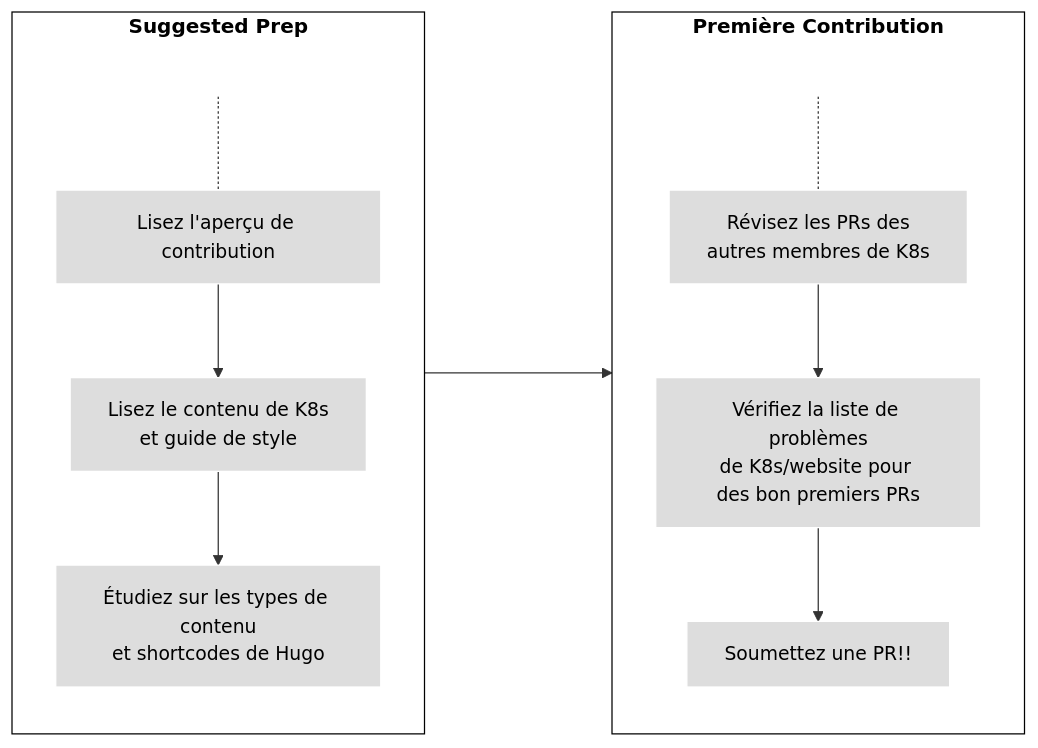
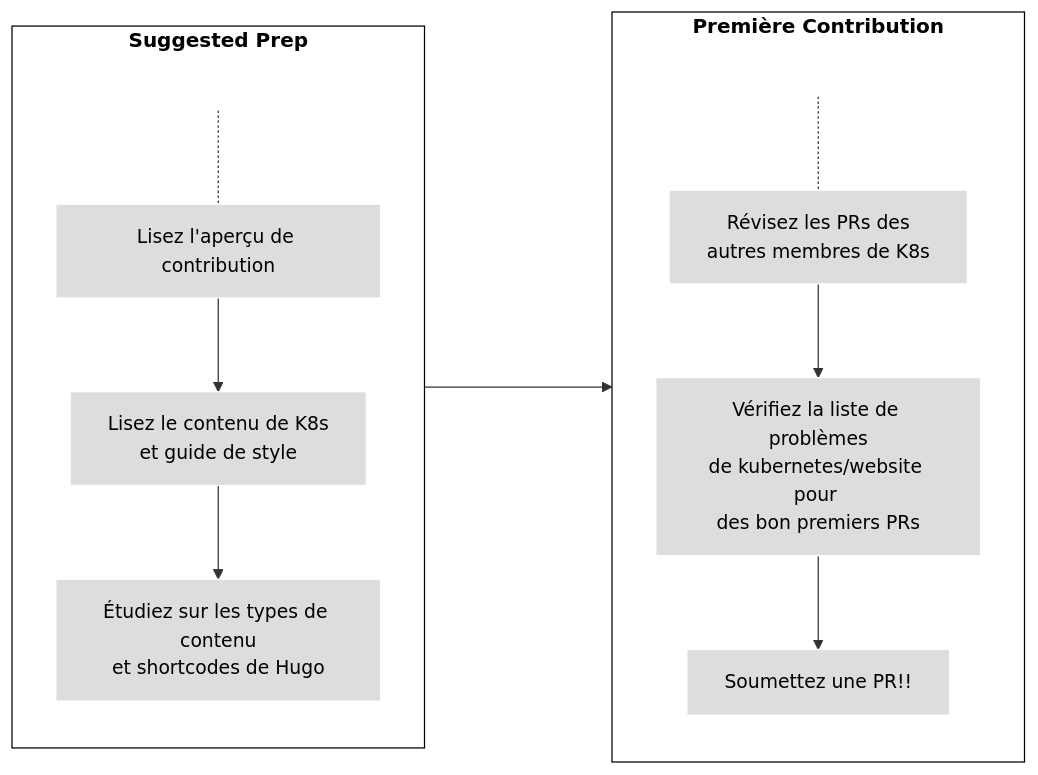
Before and after one commit to KimSJ15/kubernetes_website: the second of 2 diagrams in content/fr/docs/contribute/_index.md, drawn with Mermaid. The commit also changed 1 other file, not shown here.

Commit message:
Mention kubernetes/websites everywhere in the same way

```diff
--- a/content/fr/docs/contribute/_index.md
+++ b/content/fr/docs/contribute/_index.md
@@ -116,26 +116,26 @@
 {{< mermaid >}}
 flowchart LR
     subgraph second[Première Contribution]
     direction TB
     S[ ] -.-
     G[Révisez les PRs des<br>autres membres de K8s] -->
-    A[Vérifiez la liste de problèmes<br>de K8s/website pour <br>des bon premiers PRs] --> B[Soumettez une PR!!]
+    A[Vérifiez la liste de problèmes<br>de kubernetes/website pour <br>des bon premiers PRs] --> B[Soumettez une PR!!]
     end
     subgraph first[Suggested Prep]
     direction TB
        T[ ] -.-
        D[Lisez l'aperçu de contribution] -->E[Lisez le contenu de K8s<br>et guide de style]
        E --> F[Étudiez sur les types de contenu<br>et shortcodes de Hugo]
     end
     
 
     first ----> second
      
 
 classDef grey fill:#dddddd,stroke:#ffffff,stroke-width:px,color:#000000, font-size:15px;
 classDef white fill:#ffffff,stroke:#000,stroke-width:px,color:#000,font-weight:bold
 classDef spacewhite fill:#ffffff,stroke:#fff,stroke-width:0px,color:#000
 class A,B,D,E,F,G grey
 class S,T spacewhite
 class first,second white
 {{</ mermaid >}}
```
